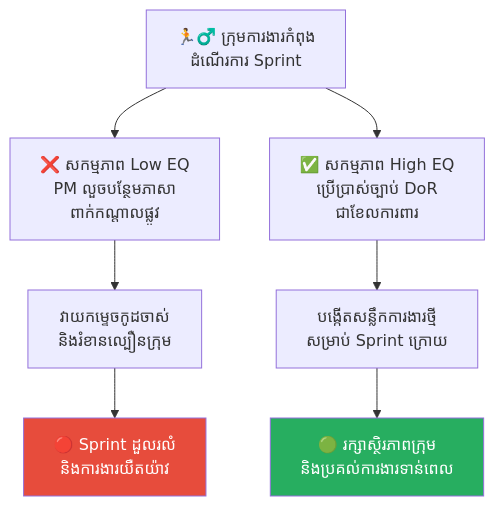
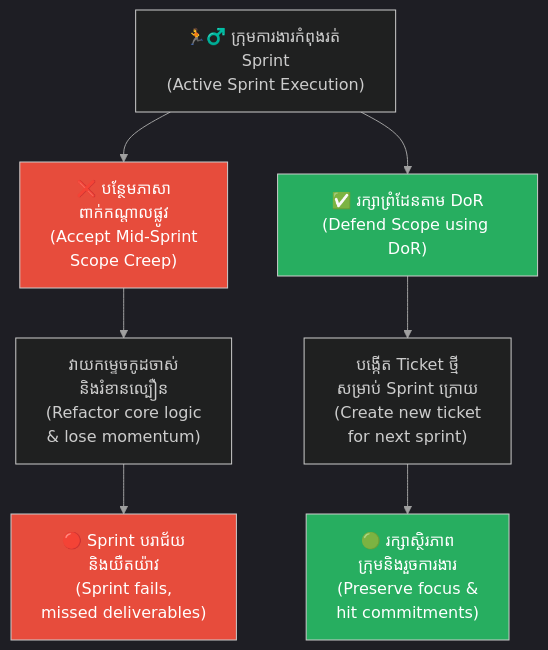
Before and after one commit to GuideStack/iblogger-feeds: the fourth of 6 diagrams in feeds/concepts/articles/11-dor-and-dod-scrum-contracts.md, drawn with Mermaid. The commit also changed other lines of this file, not shown here.

Commit message:
docs: upgrade 11-dor-and-dod-scrum-contracts.md to bilingual layout and styled diagrams

````diff
--- a/feeds/concepts/articles/11-dor-and-dod-scrum-contracts.md
+++ b/feeds/concepts/articles/11-dor-and-dod-scrum-contracts.md
@@ -137,14 +212,25 @@
 ```mermaid
+%%{init: {
+  'theme': 'dark',
+  'themeVariables': {
+    'background': '#1e1e1e',
+    'primaryTextColor': '#ffffff',
+    'lineColor': '#a0a0a0'
+  },
+  'themeCSS': 'svg { background-color: #1e1e1e !important; padding: 1rem !important; border-radius: 8px !important; } .edgeLabel rect { fill: #1e1e1e !important; } text, tspan { fill: #ffffff !important; }'
+}}%%
 graph TD
-    A["🏃‍♂️ ក្រុមការងារកំពុង<br/>ដំណើរការ Sprint"] --> B["❌ សកម្មភាព Low EQ<br/>PM លួចបន្ថែមភាសា<br/>ពាក់កណ្តាលផ្លូវ"]
-    A --> C["✅ សកម្មភាព High EQ<br/>ប្រើប្រាស់ច្បាប់ DoR<br/>ជាខែលការពារ"]
-    
-    B --> D["វាយកម្ទេចកូដចាស់<br/>និងរំខានល្បឿនក្រុម"]
-    D --> E["🔴 Sprint ដួលរលំ<br/>និងការងារយឺតយ៉ាវ"]
-    
-    C --> F["បង្កើតសន្លឹកការងារថ្មី<br/>សម្រាប់ Sprint ក្រោយ"]
-    F --> G["🟢 រក្សាស្ថិរភាពក្រុម<br/>និងប្រគល់ការងារទាន់ពេល"]
+    A["🏃‍♂️ ក្រុមការងារកំពុងរត់ Sprint<br/>(Active Sprint Execution)"] --> B1["❌ បន្ថែមភាសា<br/>ពាក់កណ្តាលផ្លូវ<br/>(Accept Mid-Sprint<br/>Scope Creep)"]
+    A --> B2["✅ រក្សាព្រំដែនតាម DoR<br/>(Defend Scope using DoR)"]
 
-    style E fill:#e74c3c,color:#fff
-    style G fill:#27ae60,color:#fff
+    B1 --> C1["វាយកម្ទេចកូដចាស់<br/>និងរំខានល្បឿន<br/>(Refactor core logic<br/>& lose momentum)"]
+    C1 --> D1["🔴 Sprint បរាជ័យ<br/>និងយឺតយ៉ាវ<br/>(Sprint fails,<br/>missed deliverables)"]
+
+    B2 --> C2["បង្កើត Ticket ថ្មី<br/>សម្រាប់ Sprint ក្រោយ<br/>(Create new ticket<br/>for next sprint)"]
+    C2 --> D2["🟢 រក្សាស្ថិរភាព<br/>ក្រុមនិងរួចការងារ<br/>(Preserve focus &<br/>hit commitments)"]
+
+    style B1 fill:#e74c3c,color:#fff
+    style B2 fill:#27ae60,color:#fff
+    style D1 fill:#e74c3c,color:#fff
+    style D2 fill:#27ae60,color:#fff
 ```
````
